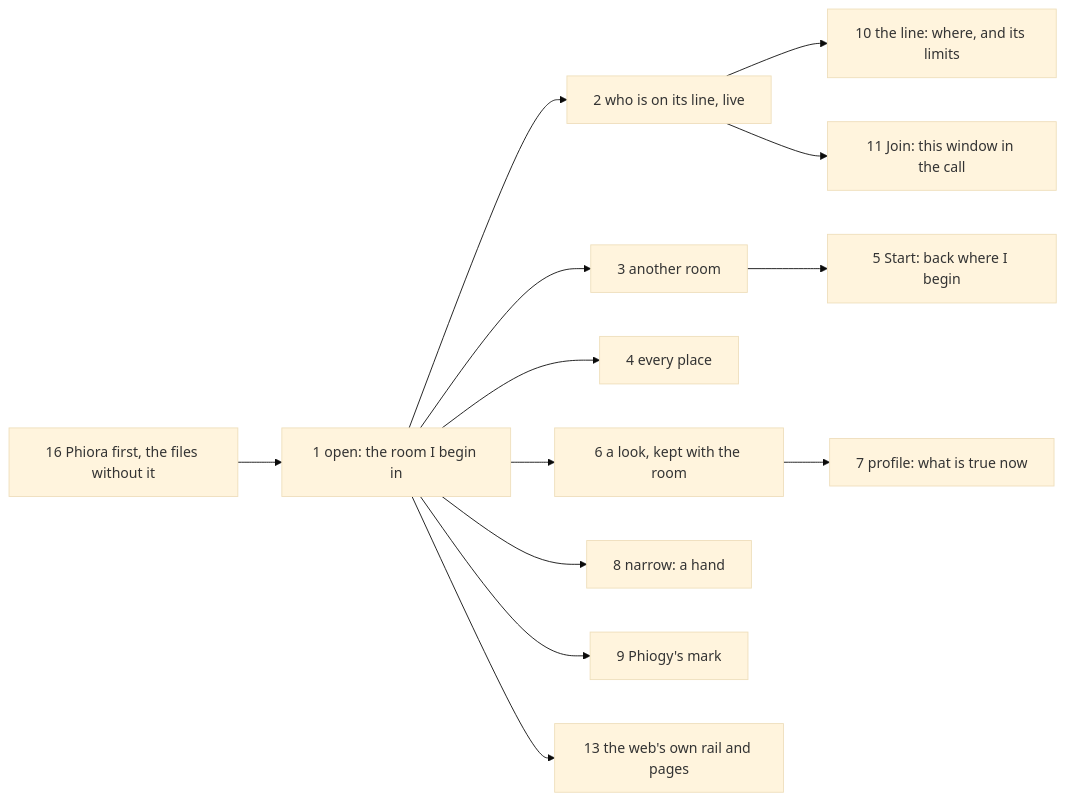
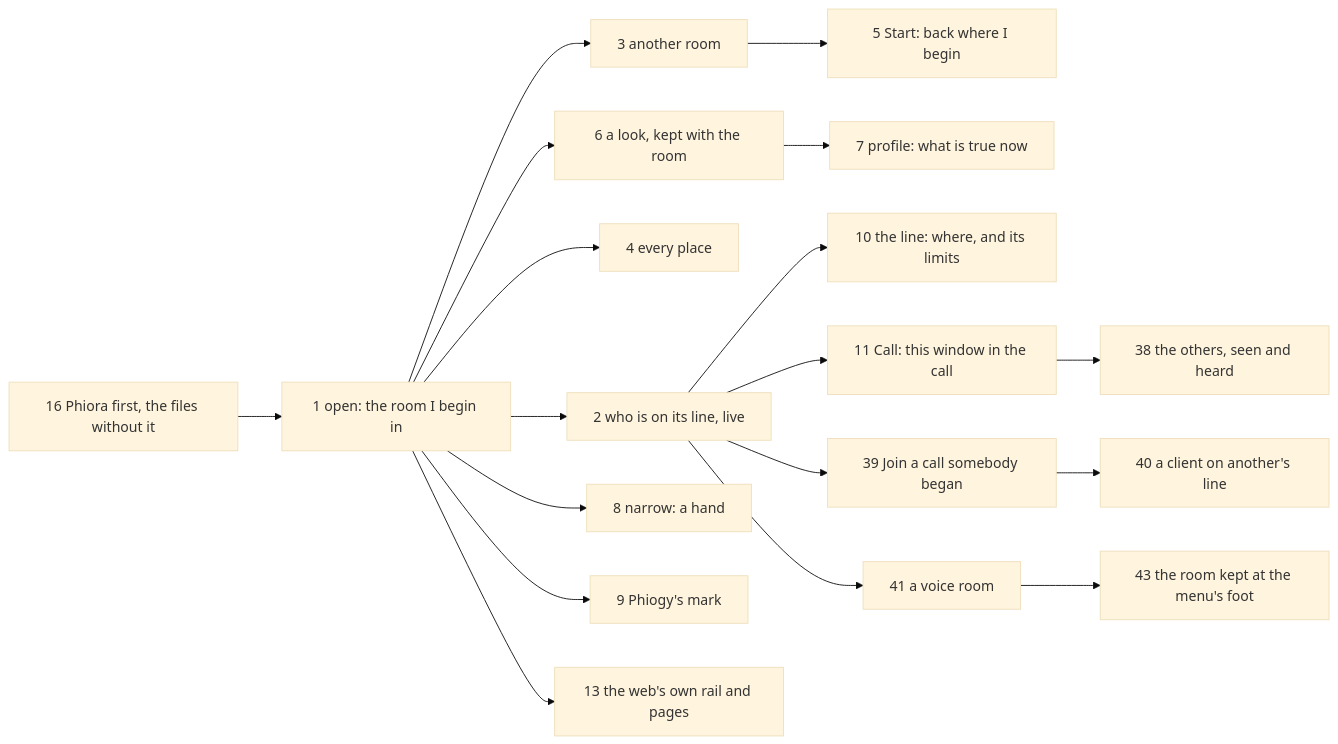
One commit to gemphi/phikit changed the first of 5 diagrams in crates/appkit/app/phiogy/FLOW.md. Above: the diagram before and after it, drawn with Mermaid (base theme). The commit also changed other lines of this file and 1007 other files, not shown here.

````diff
--- a/crates/appkit/app/phiogy/FLOW.md
+++ b/crates/appkit/app/phiogy/FLOW.md
@@ -82,15 +93,20 @@
 ```mermaid
 graph LR
     s16["16 Phiora first, the files without it"] --> s1["1 open: the room I begin in"]
     s1 --> s2["2 who is on its line, live"]
     s1 --> s3["3 another room"]
     s1 --> s4["4 every place"]
     s1 --> s6["6 a look, kept with the room"]
     s1 --> s8["8 narrow: a hand"]
     s1 --> s9["9 Phiogy's mark"]
     s1 --> s13["13 the web's own rail and pages"]
     s3 --> s5["5 Start: back where I begin"]
     s6 --> s7["7 profile: what is true now"]
     s2 --> s10["10 the line: where, and its limits"]
-    s2 --> s11["11 Join: this window in the call"]
+    s2 --> s11["11 Call: this window in the call"]
+    s11 --> s38["38 the others, seen and heard"]
+    s2 --> s39["39 Join a call somebody began"]
+    s39 --> s40["40 a client on another's line"]
+    s2 --> s41["41 a voice room"]
+    s41 --> s43["43 the room kept at the menu's foot"]
 ```
````
